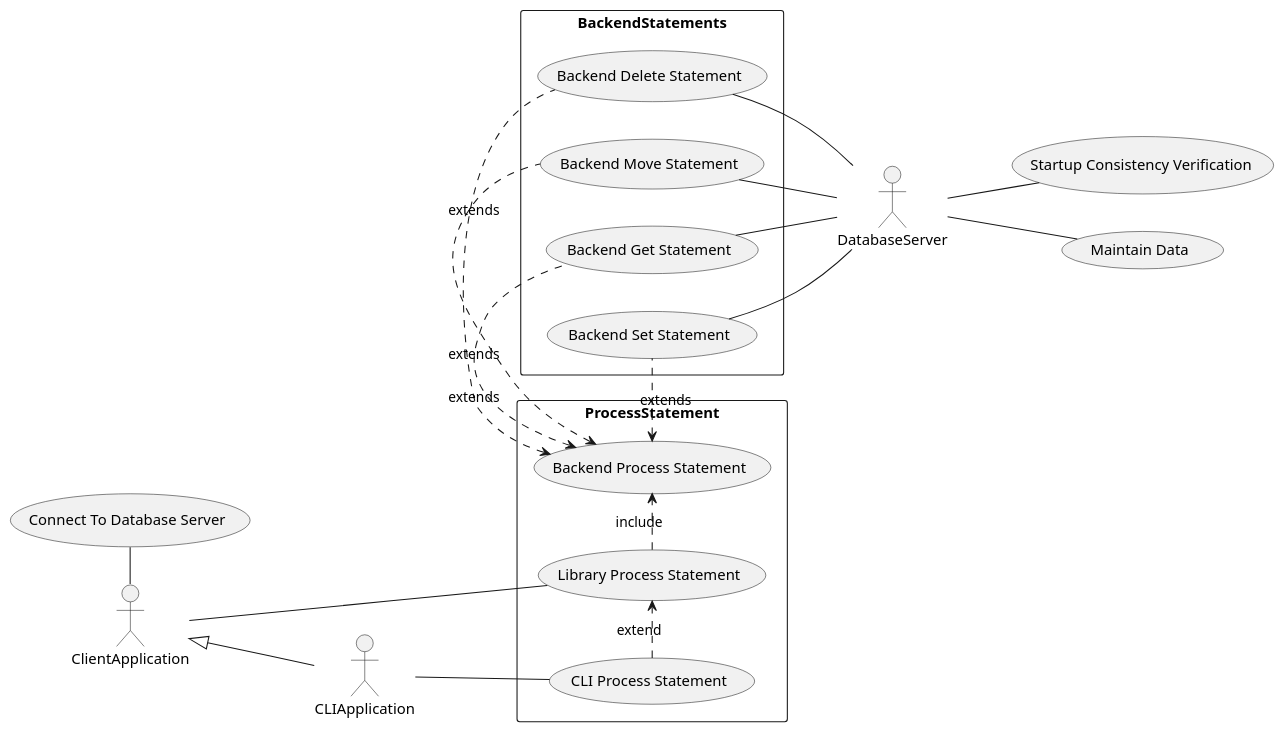
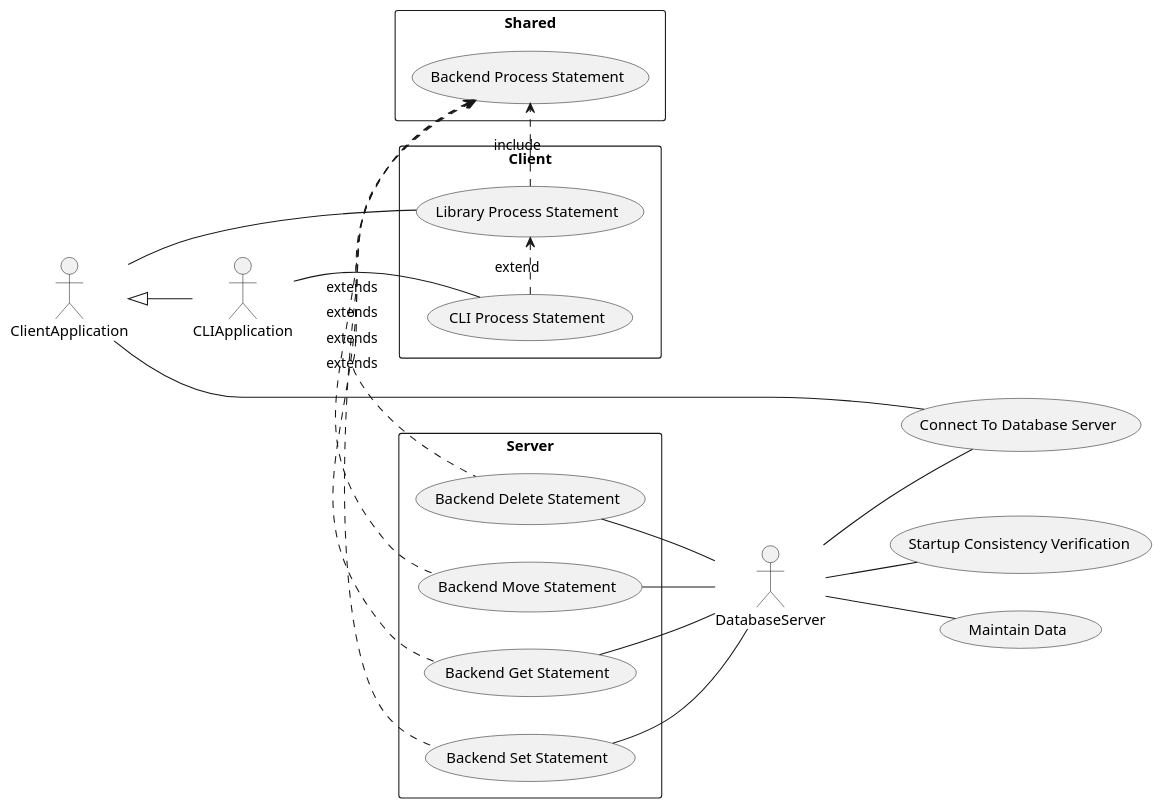
The diagram in design/use-case-diagram.wsd (nyanzebra/aciddb), drawn with PlantUML before and after one commit.

Commit message:
Update use case diagram

```diff
--- a/design/use-case-diagram.wsd
+++ b/design/use-case-diagram.wsd
@@ -1,37 +1,42 @@
 @startuml
 left to right direction
 skinparam packageStyle rect
 
 skinparam backgroundColor transparent
 
 actor DatabaseServer
 actor ClientApplication
 actor CLIApplication
 
-ClientApplication -left- (Connect To Database Server)
+ClientApplication -- (Connect To Database Server)
 
 ClientApplication <|-- CLIApplication
 
-rectangle ProcessStatement {
+rectangle Shared {
+	(Backend Process Statement)
+}
+
+rectangle Client {
   (Library Process Statement) .> (Backend Process Statement) : include
   (CLI Process Statement) .> (Library Process Statement) : extend
   ClientApplication -- (Library Process Statement)
   CLIApplication -- (CLI Process Statement)
 }
 
-rectangle BackendStatements {
+rectangle Server {
   (Backend Process Statement) <. (Backend Delete Statement) : extends
   (Backend Process Statement) <. (Backend Move Statement) : extends
   (Backend Process Statement) <. (Backend Get Statement) : extends
   (Backend Process Statement) <. (Backend Set Statement) : extends  
 }
 
 (Backend Delete Statement) -- DatabaseServer
 (Backend Move Statement) -- DatabaseServer
 (Backend Get Statement) -- DatabaseServer
 (Backend Set Statement) -- DatabaseServer
 
 DatabaseServer -- (Startup Consistency Verification)
 DatabaseServer -- (Maintain Data)
+DatabaseServer -- (Connect To Database Server)
 
 @enduml
```
